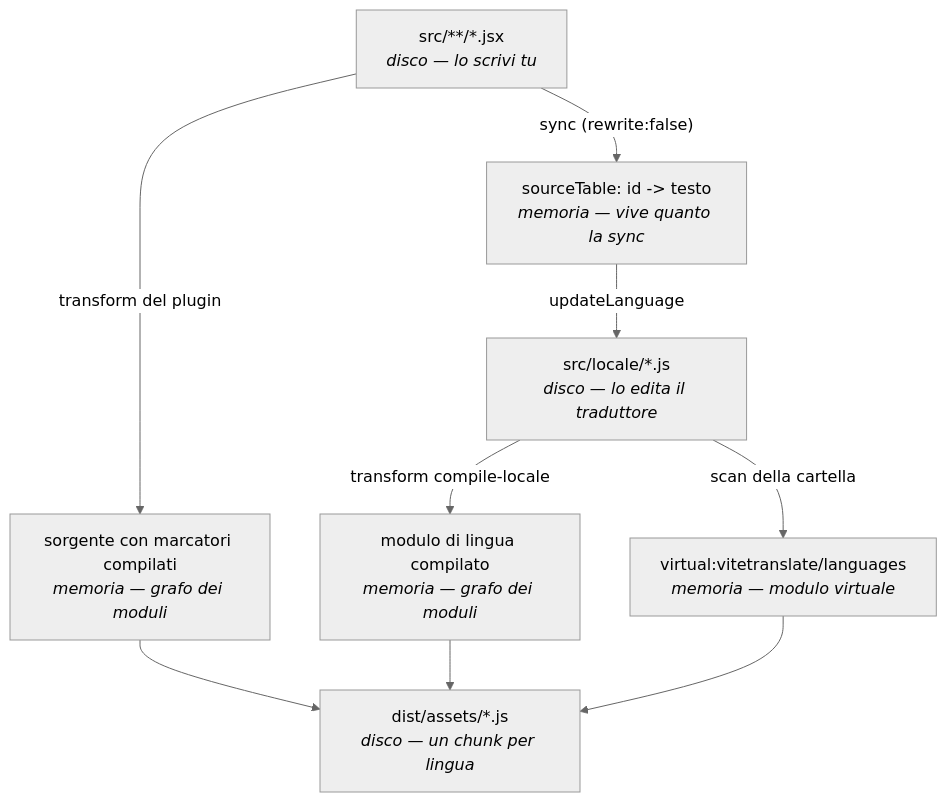
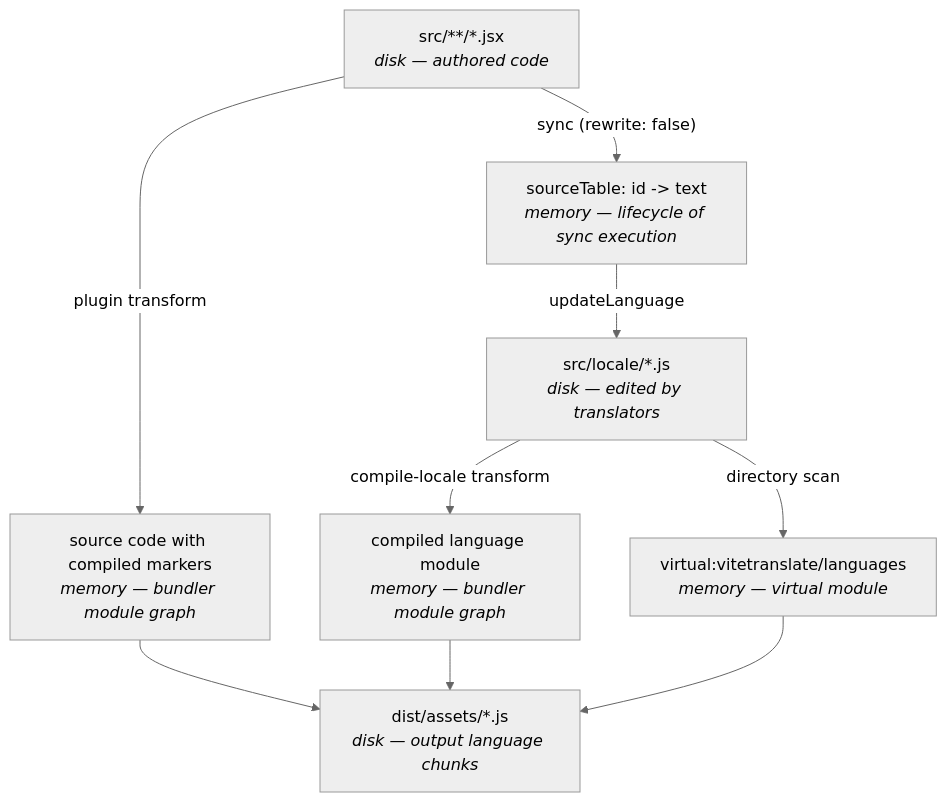
Before and after one commit to sepoina/viteTranslate: the seventh of 8 diagrams in doc/structure.md, drawn with Mermaid (neutral theme). The commit also changed other lines of this file, not shown here.

````diff
--- a/doc/structure.md
+++ b/doc/structure.md
@@ -596,19 +571,19 @@
 ```mermaid
 flowchart TD
-  A["src/**/*.jsx<br/><em>disco — lo scrivi tu</em>"]
-  B["sourceTable: id -> testo<br/><em>memoria — vive quanto la sync</em>"]
-  C["src/locale/*.js<br/><em>disco — lo edita il traduttore</em>"]
-  D["sorgente con marcatori compilati<br/><em>memoria — grafo dei moduli</em>"]
-  E["modulo di lingua compilato<br/><em>memoria — grafo dei moduli</em>"]
-  F["virtual:vitetranslate/languages<br/><em>memoria — modulo virtuale</em>"]
-  G["dist/assets/*.js<br/><em>disco — un chunk per lingua</em>"]
+  A["src/**/*.jsx<br/><em>disk — authored code</em>"]
+  B["sourceTable: id -> text<br/><em>memory — lifecycle of sync execution</em>"]
+  C["src/locale/*.js<br/><em>disk — edited by translators</em>"]
+  D["source code with compiled markers<br/><em>memory — bundler module graph</em>"]
+  E["compiled language module<br/><em>memory — bundler module graph</em>"]
+  F["virtual:vitetranslate/languages<br/><em>memory — virtual module</em>"]
+  G["dist/assets/*.js<br/><em>disk — output language chunks</em>"]
 
-  A -- "sync (rewrite:false)" --> B
+  A -- "sync (rewrite: false)" --> B
   B -- "updateLanguage" --> C
-  A -- "transform del plugin" --> D
-  C -- "transform compile-locale" --> E
-  C -- "scan della cartella" --> F
+  A -- "plugin transform" --> D
+  C -- "compile-locale transform" --> E
+  C -- "directory scan" --> F
   D --> G
   E --> G
   F --> G
 ```
````
